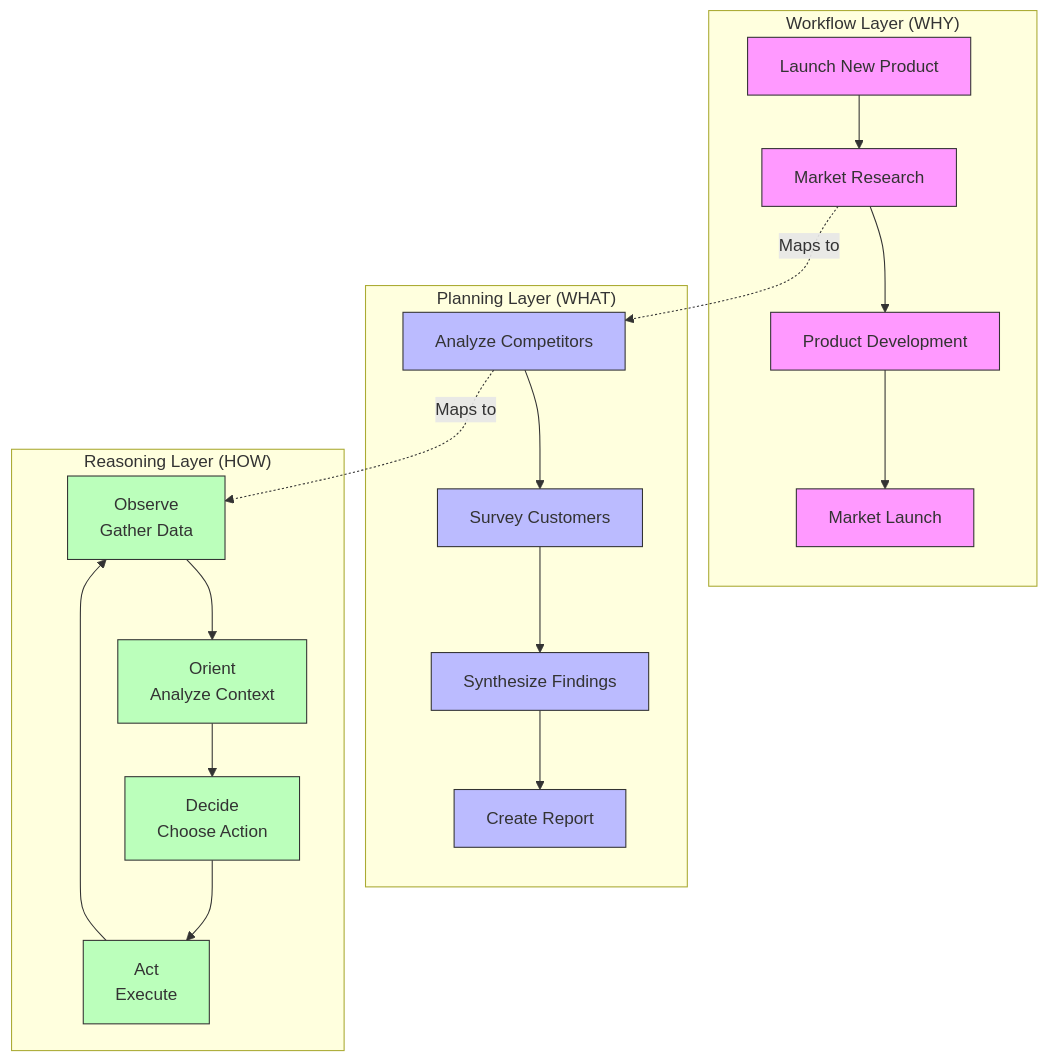
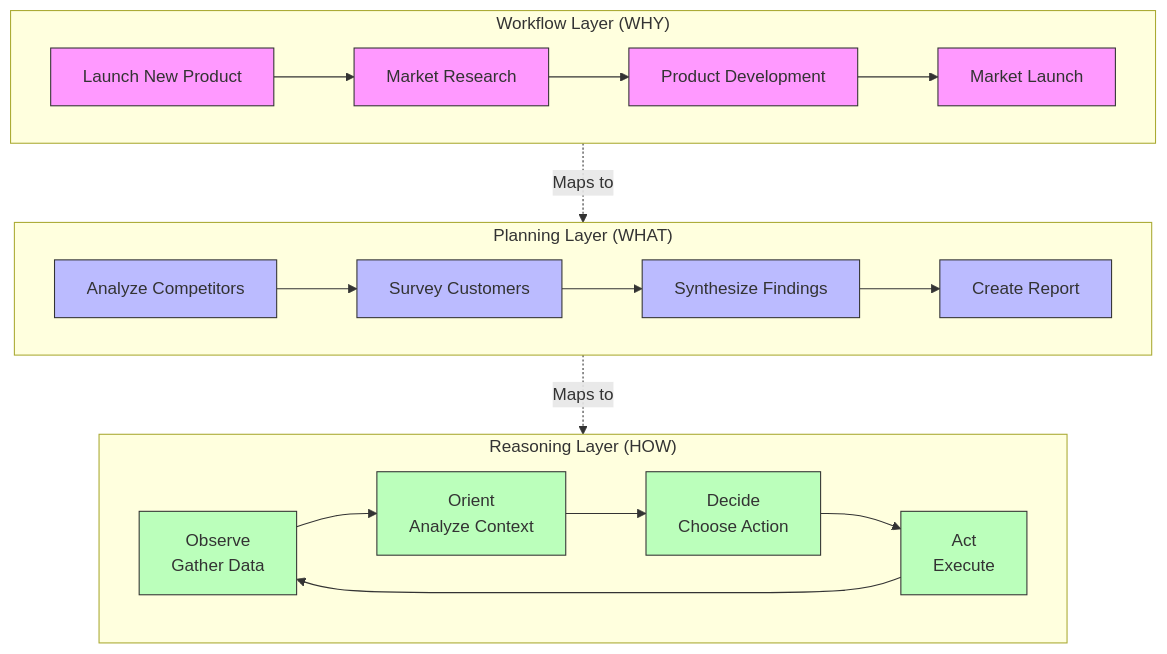
One commit to aitomatic/dana changed the second of 2 diagrams in dxa/core/README.md. Above: the diagram before and after it, drawn with Mermaid. The commit also changed other lines of this file and 14 other files, not shown here.

````diff
--- a/dxa/core/README.md
+++ b/dxa/core/README.md
@@ -28,39 +30,42 @@
 ```mermaid
 graph TB
-    subgraph "Workflow Layer (WHY)"
-        W1[Launch New Product] --> W2[Market Research]
-        W2 --> W3[Product Development]
-        W3 --> W4[Market Launch]
+    subgraph "Reasoning Layer (HOW)"
+        direction LR
+        R1[Observe<br>Gather Data] --> R2[Orient<br>Analyze Context]
+        R2 --> R3[Decide<br>Choose Action]
+        R3 --> R4[Act<br>Execute]
+        R4 --> R1
     end
 
     subgraph "Planning Layer (WHAT)"
+        direction LR
         P1[Analyze Competitors] --> P2[Survey Customers]
         P2 --> P3[Synthesize Findings]
         P3 --> P4[Create Report]
     end
 
-    subgraph "Reasoning Layer (HOW)"
-        R1[Observe<br>Gather Data] --> R2[Orient<br>Analyze Context]
-        R2 --> R3[Decide<br>Choose Action]
-        R3 --> R4[Act<br>Execute]
-        R4 --> R1
+   subgraph "Workflow Layer (WHY)"
+        direction LR
+        W1[Launch New Product] --> W2[Market Research]
+        W2 --> W3[Product Development]
+        W3 --> W4[Market Launch]
     end
 
     W2 -.->|Maps to| P1
     P1 -.->|Maps to| R1
 
     style W1 fill:#f9f,stroke:#333
     style W2 fill:#f9f,stroke:#333
     style W3 fill:#f9f,stroke:#333
     style W4 fill:#f9f,stroke:#333
     
     style P1 fill:#bbf,stroke:#333
     style P2 fill:#bbf,stroke:#333
     style P3 fill:#bbf,stroke:#333
     style P4 fill:#bbf,stroke:#333
     
     style R1 fill:#bfb,stroke:#333
     style R2 fill:#bfb,stroke:#333
     style R3 fill:#bfb,stroke:#333
     style R4 fill:#bfb,stroke:#333
 ```
````
